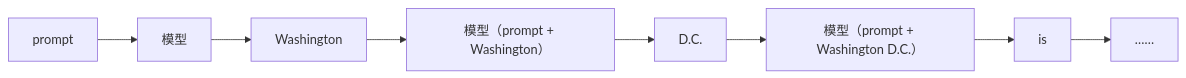
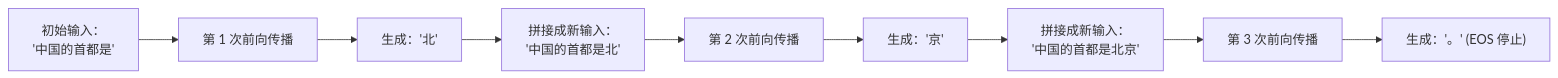
Before and after one commit to zrpxx/hands-on-llm-serving-opt: the first of 2 diagrams in stage1/02-autoregressive-walkthrough.md, drawn with Mermaid. The commit also changed other lines of this file and 22 other files, not shown here.

````diff
--- a/stage1/02-autoregressive-walkthrough.md
+++ b/stage1/02-autoregressive-walkthrough.md
@@ -15,7 +20,6 @@
 ```mermaid
 flowchart LR
-  P["prompt"] --> M1["模型"] --> T1["Washington"]
-  T1 --> M2["模型（prompt + Washington）"] --> T2["D.C."]
-  T2 --> M3["模型（prompt + Washington D.C.）"] --> T3["is"]
-  T3 --> M4["……"]
+  P["初始输入：<br/>'中国的首都是'"] --> M1["第 1 次前向传播"] --> T1["生成：'北'"]
+  T1 --> P2["拼接成新输入：<br/>'中国的首都是北'"] --> M2["第 2 次前向传播"] --> T2["生成：'京'"]
+  T2 --> P3["拼接成新输入：<br/>'中国的首都是北京'"] --> M3["第 3 次前向传播"] --> T3["生成：'。' (EOS 停止)"]
 ```
````
